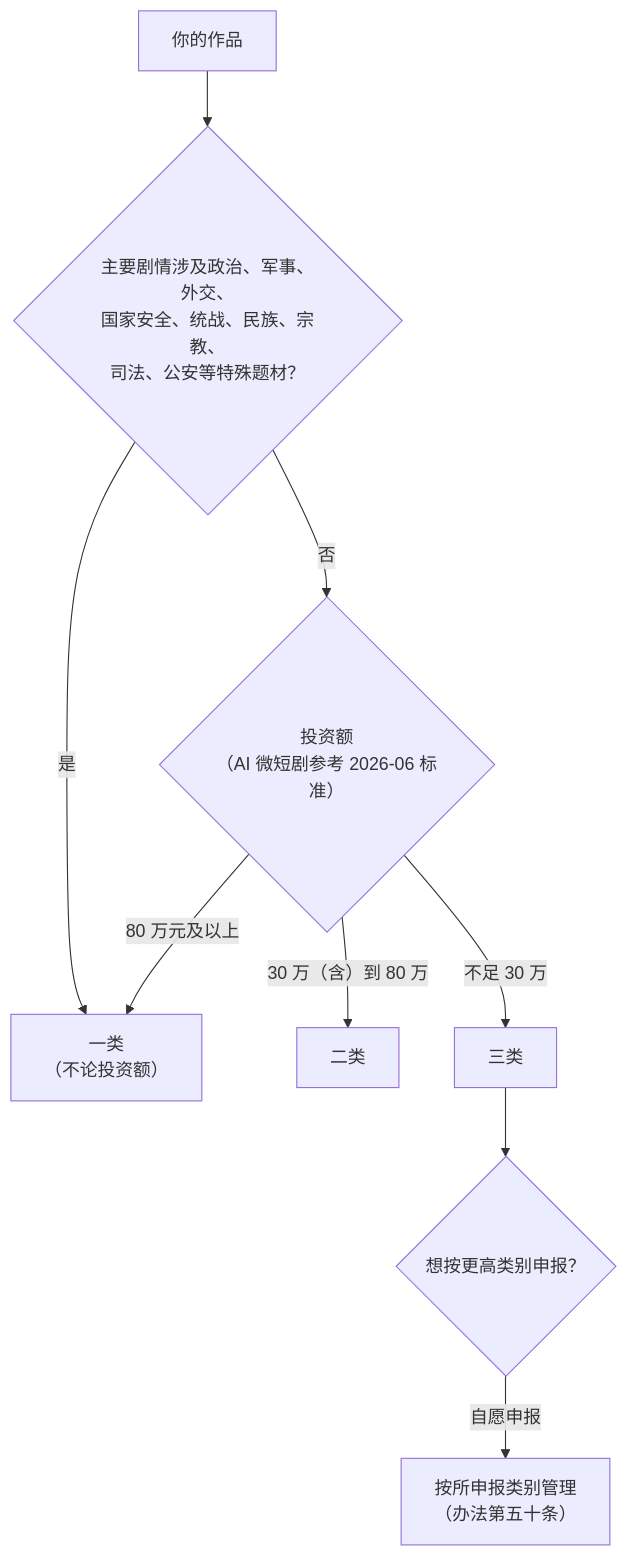
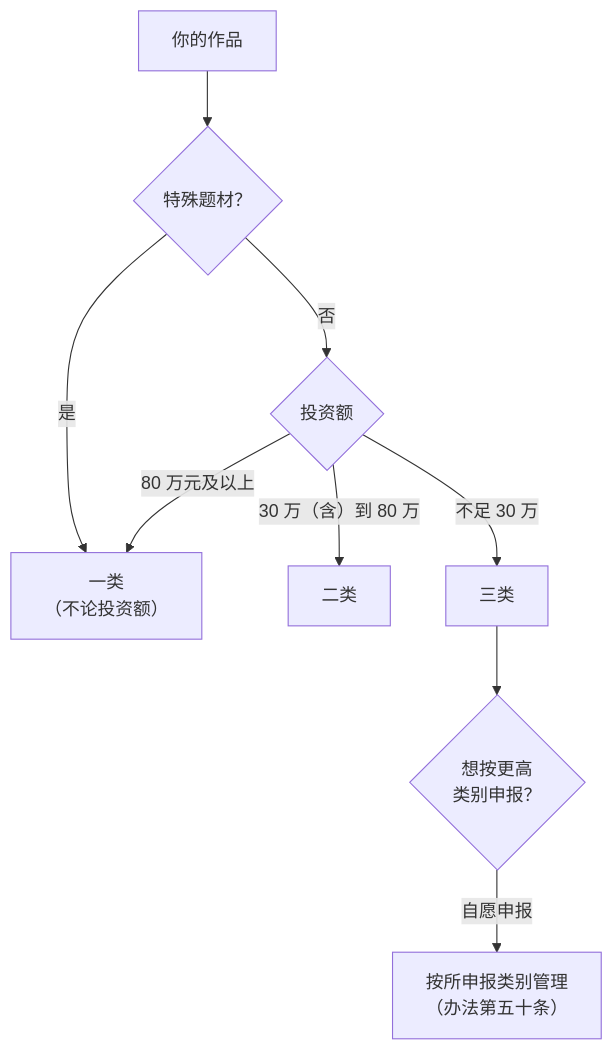
Before and after one commit to jarvis-pro/hatch-shelf: the second of 5 diagrams in books/drama-distribution/03-filing-review.md, drawn with Mermaid. The commit also changed other lines of this file and 432 other files, not shown here.

````diff
--- a/books/drama-distribution/03-filing-review.md
+++ b/books/drama-distribution/03-filing-review.md
@@ -38,11 +54,11 @@
 ```mermaid
 flowchart TD
-  A["你的作品"] --> B{"主要剧情涉及政治、军事、外交、<br/>国家安全、统战、民族、宗教、<br/>司法、公安等特殊题材？"}
+  A["你的作品"] --> B{"特殊题材？"}
   B -- "是" --> C["一类<br/>（不论投资额）"]
-  B -- "否" --> D{"投资额<br/>（AI 微短剧参考 2026-06 标准）"}
+  B -- "否" --> D{"投资额"}
   D -- "80 万元及以上" --> C
   D -- "30 万（含）到 80 万" --> E["二类"]
   D -- "不足 30 万" --> F["三类"]
-  F --> G{"想按更高类别申报？"}
+  F --> G{"想按更高<br/>类别申报？"}
   G -- "自愿申报" --> H["按所申报类别管理<br/>（办法第五十条）"]
 ```
````
